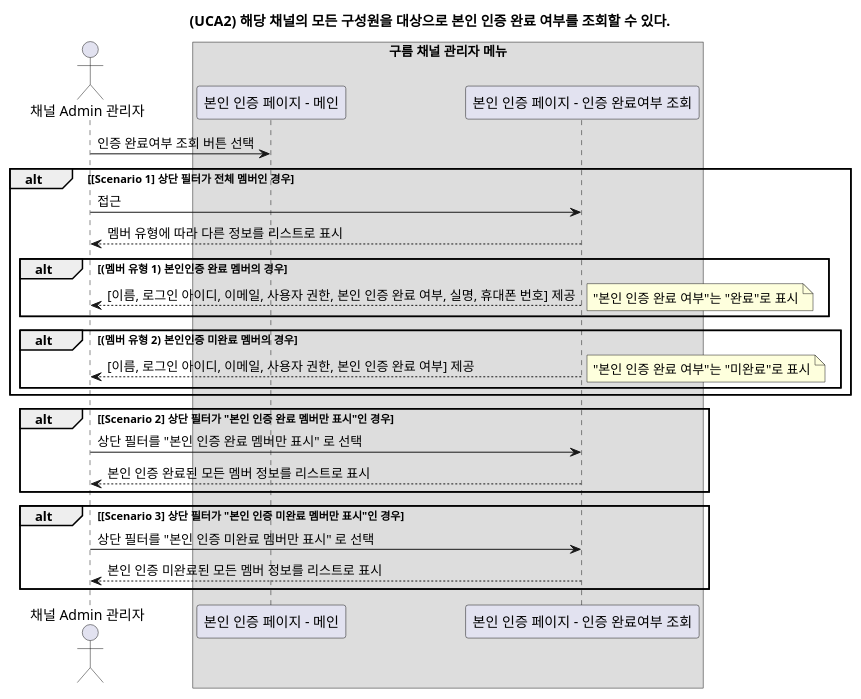
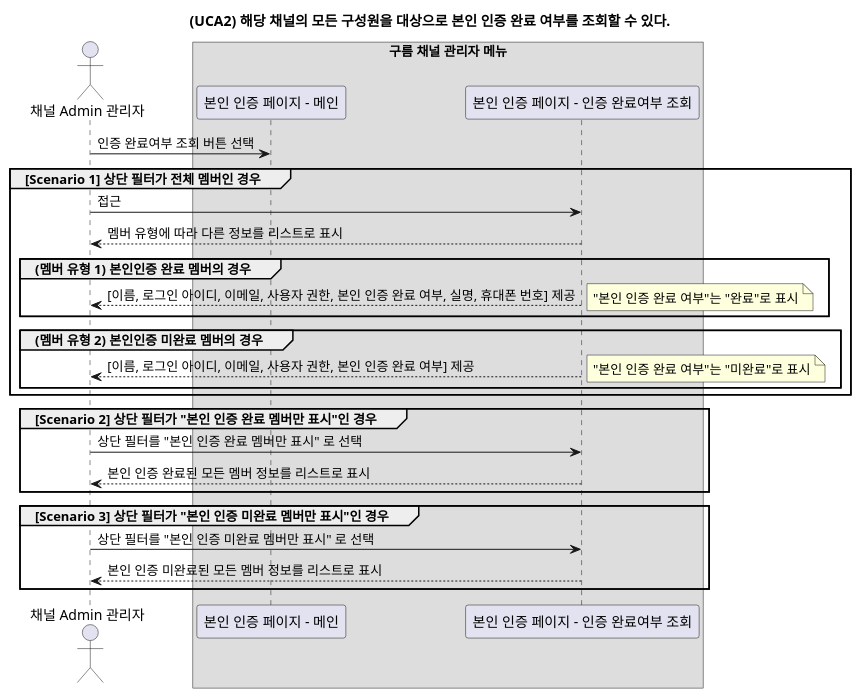
One commit to YoonsooOh/tech-study changed the diagram in 본인인증기획/시퀀스 다이어그램/UCA2.puml. Above: the diagram before and after it, drawn with PlantUML. The commit also changed 1 other file, not shown here.

```diff
--- a/본인인증기획/시퀀스 다이어그램/UCA2.puml
+++ b/본인인증기획/시퀀스 다이어그램/UCA2.puml
@@ -1,47 +1,47 @@
 @startuml
 
 title (UCA2) 해당 채널의 모든 구성원을 대상으로 본인 인증 완료 여부를 조회할 수 있다.
 
 actor "채널 Admin 관리자"
 
 box "구름 채널 관리자 메뉴"
 participant "본인 인증 페이지 - 메인"
 participant "본인 인증 페이지 - 인증 완료여부 조회"
 endbox
 
 "채널 Admin 관리자" -> "본인 인증 페이지 - 메인" : 인증 완료여부 조회 버튼 선택
 
 
-alt [Scenario 1] 상단 필터가 전체 멤버인 경우
+group [Scenario 1] 상단 필터가 전체 멤버인 경우
 
 "채널 Admin 관리자" -> "본인 인증 페이지 - 인증 완료여부 조회" : 접근
 "본인 인증 페이지 - 인증 완료여부 조회" --> "채널 Admin 관리자" : 멤버 유형에 따라 다른 정보를 리스트로 표시
 
-alt (멤버 유형 1) 본인인증 완료 멤버의 경우
+group (멤버 유형 1) 본인인증 완료 멤버의 경우
 "본인 인증 페이지 - 인증 완료여부 조회" --> "채널 Admin 관리자" : [이름, 로그인 아이디, 이메일, 사용자 권한, 본인 인증 완료 여부, 실명, 휴대폰 번호] 제공
 note right
 "본인 인증 완료 여부"는 "완료"로 표시
 end note
 
 end
 
-alt (멤버 유형 2) 본인인증 미완료 멤버의 경우
+group (멤버 유형 2) 본인인증 미완료 멤버의 경우
 "본인 인증 페이지 - 인증 완료여부 조회" --> "채널 Admin 관리자" : [이름, 로그인 아이디, 이메일, 사용자 권한, 본인 인증 완료 여부] 제공
 note right
 "본인 인증 완료 여부"는 "미완료"로 표시
 end note
 end
 
 end
 
-alt [Scenario 2] 상단 필터가 "본인 인증 완료 멤버만 표시"인 경우
+group [Scenario 2] 상단 필터가 "본인 인증 완료 멤버만 표시"인 경우
 "채널 Admin 관리자" -> "본인 인증 페이지 - 인증 완료여부 조회" : 상단 필터를 "본인 인증 완료 멤버만 표시" 로 선택
 "본인 인증 페이지 - 인증 완료여부 조회" --> "채널 Admin 관리자" : 본인 인증 완료된 모든 멤버 정보를 리스트로 표시
 end
 
-alt [Scenario 3] 상단 필터가 "본인 인증 미완료 멤버만 표시"인 경우
+group [Scenario 3] 상단 필터가 "본인 인증 미완료 멤버만 표시"인 경우
 "채널 Admin 관리자" -> "본인 인증 페이지 - 인증 완료여부 조회" : 상단 필터를 "본인 인증 미완료 멤버만 표시" 로 선택
 "본인 인증 페이지 - 인증 완료여부 조회" --> "채널 Admin 관리자" : 본인 인증 미완료된 모든 멤버 정보를 리스트로 표시
 end
 
 @enduml
```
